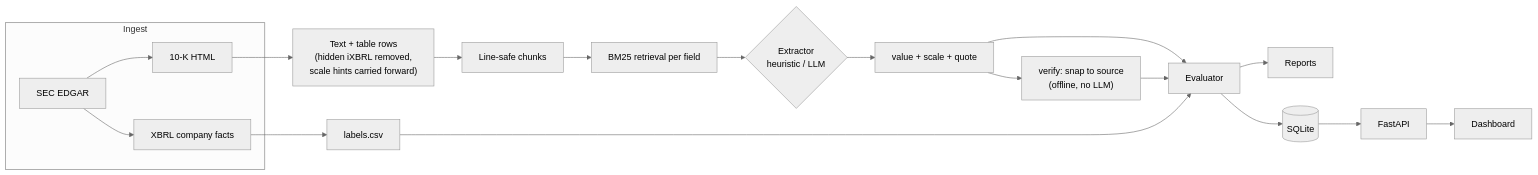
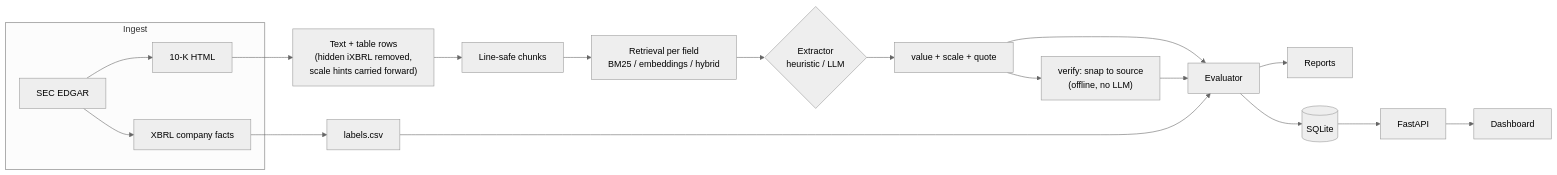
One commit to rmr2024/finextract changed the diagram in README.md. Above: the diagram before and after it, drawn with Mermaid (neutral theme). The commit also changed other lines of this file and 5 other files, not shown here.

````diff
--- a/README.md
+++ b/README.md
@@ -45,20 +76,20 @@
 ```mermaid
 flowchart LR
     subgraph Ingest
         E[SEC EDGAR] --> H[10-K HTML]
         E --> X[XBRL company facts]
     end
     H --> T["Text + table rows<br/>(hidden iXBRL removed,<br/>scale hints carried forward)"]
     T --> C[Line-safe chunks]
-    C --> R[BM25 retrieval per field]
+    C --> R["Retrieval per field<br/>BM25 / embeddings / hybrid"]
     R --> M{"Extractor<br/>heuristic / LLM"}
     M --> P["value + scale + quote"]
     P --> V["verify: snap to source<br/>(offline, no LLM)"]
     X --> L[labels.csv]
     P --> EV[Evaluator]
     V --> EV
     L --> EV
     EV --> REP[Reports]
     EV --> DB[(SQLite)]
     DB --> API[FastAPI] --> UI[Dashboard]
 ```
````
